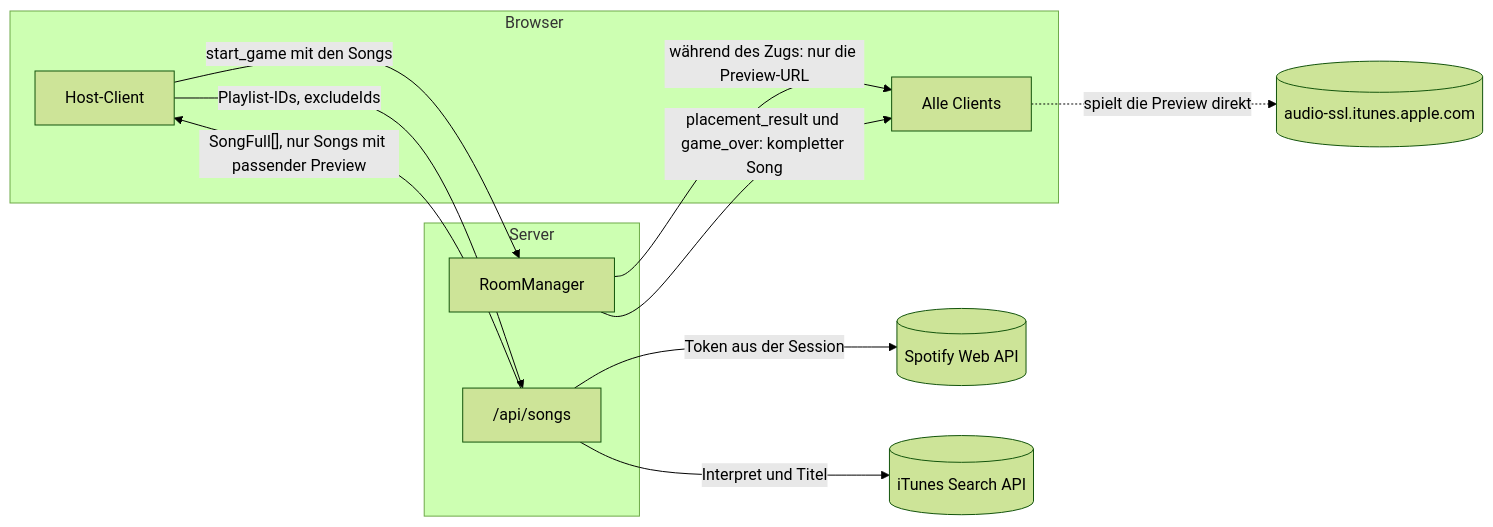
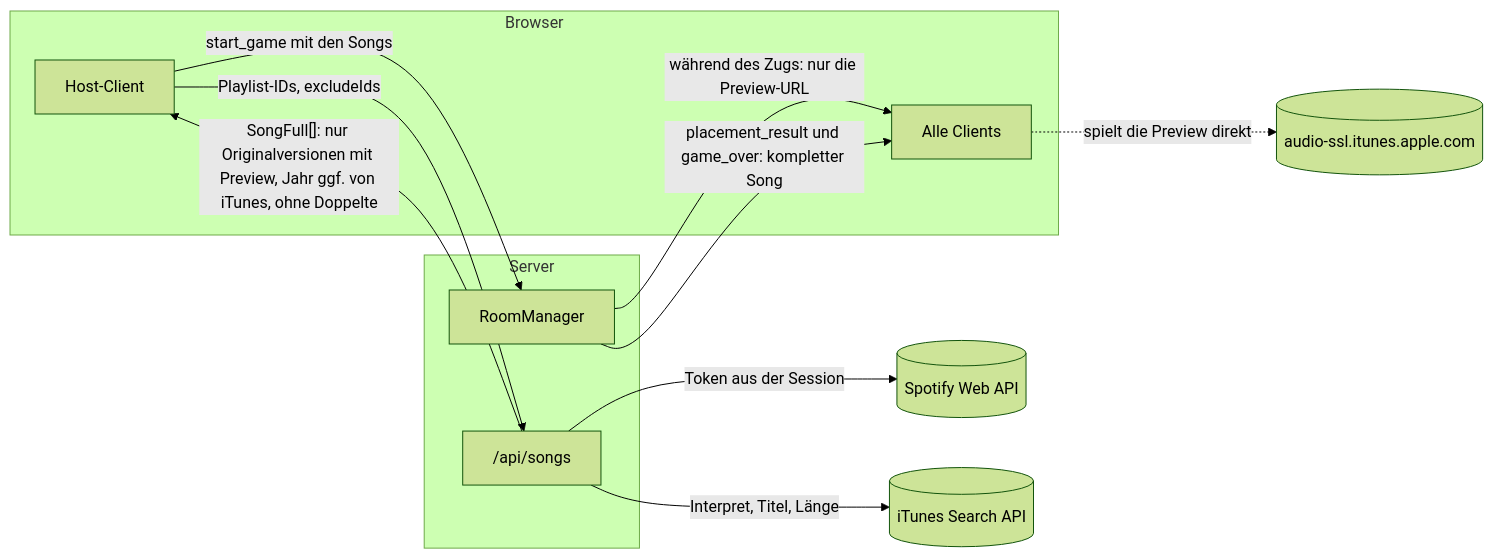
The first of 5 diagrams in docs/architecture.md (Sven-Lyco/Tuneline), drawn with Mermaid (forest theme) before and after one commit. The commit also changed 2 other files, not shown here.

Commit message:
Document how songs are picked: originals only, original year, no duplicates
CLAUDE.md describes versions.ts and playedSongs.ts, which versions are filtered, how the iTunes preview and the year are chosen, and how duplicates and played songs are handled. The architecture diagram and the README follow.

````diff
--- a/docs/architecture.md
+++ b/docs/architecture.md
@@ -15,23 +15,23 @@
 ```mermaid
 flowchart LR
   subgraph Browser
     H[Host-Client]
     C[Alle Clients]
   end
   subgraph Server
     API["/api/songs"]
     RM[RoomManager]
   end
   SP[(Spotify Web API)]
   IT[(iTunes Search API)]
   CDN[(audio-ssl.itunes.apple.com)]
 
   H -- "Playlist-IDs, excludeIds" --> API
   API -- "Token aus der Session" --> SP
-  API -- "Interpret und Titel" --> IT
-  API -- "SongFull[], nur Songs mit passender Preview" --> H
+  API -- "Interpret, Titel, Länge" --> IT
+  API -- "SongFull[]: nur Originalversionen mit Preview, Jahr ggf. von iTunes, ohne Doppelte" --> H
   H -- "start_game mit den Songs" --> RM
   RM -- "während des Zugs: nur die Preview-URL" --> C
   RM -- "placement_result und game_over: kompletter Song" --> C
   C -. "spielt die Preview direkt" .-> CDN
 ```
````
